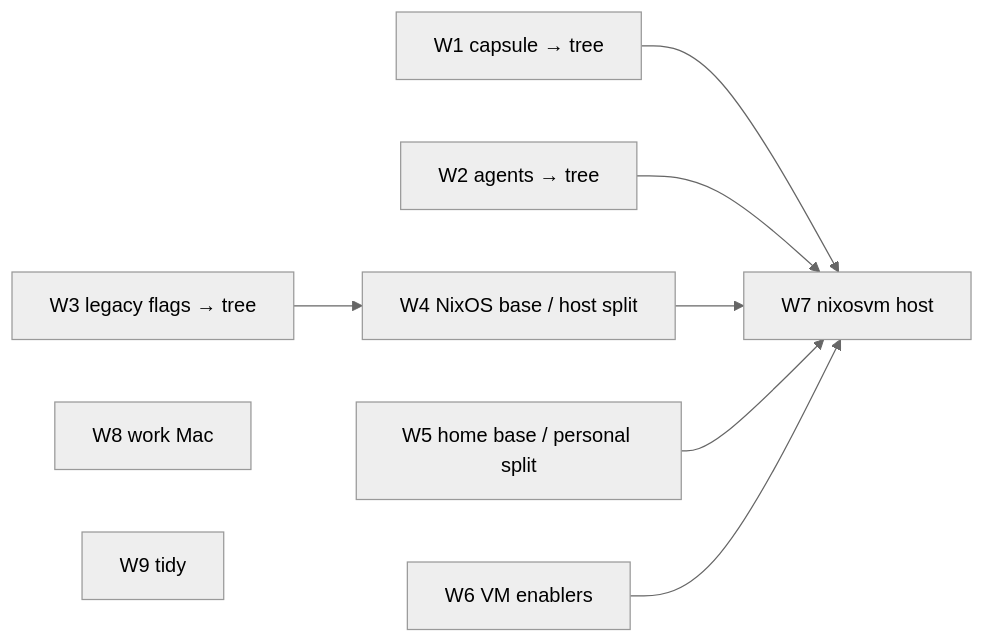
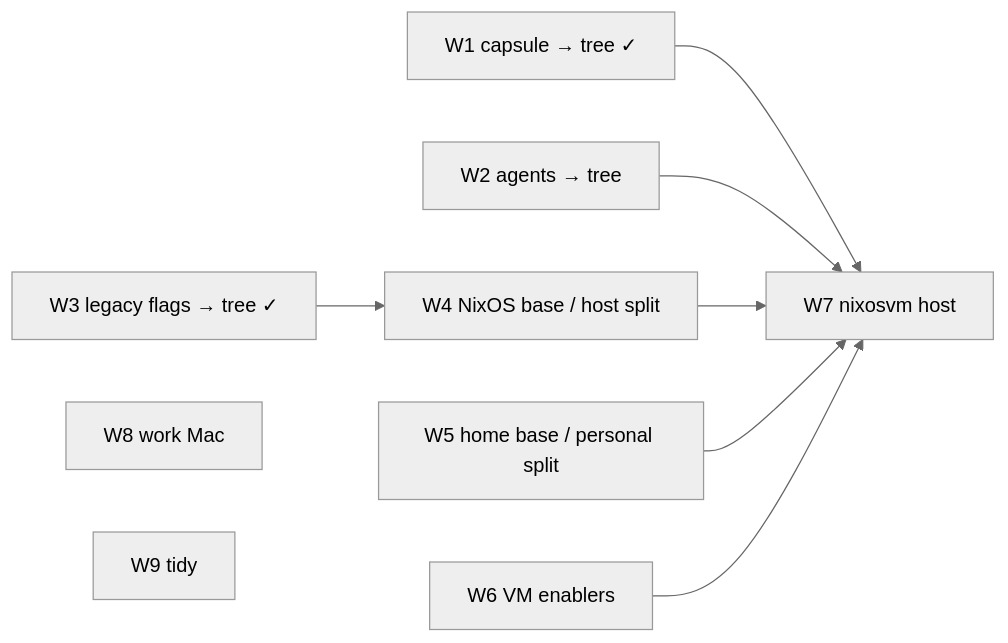
One commit to davidlee/nix-config changed the diagram in flakes/.doctrine/rfc/001/rfc-001.md. Above: the diagram before and after it, drawn with Mermaid (neutral theme). The commit also changed other lines of this file and 1 other file, not shown here.

First line of the commit message:
docs(RFC-001): roadmap after SL-006 — W3 done, W4 next

````diff
--- a/flakes/.doctrine/rfc/001/rfc-001.md
+++ b/flakes/.doctrine/rfc/001/rfc-001.md
@@ -135,11 +137,11 @@
 ```mermaid
 graph LR
-  W1[W1 capsule → tree] --> W7
+  W1[W1 capsule → tree ✓] --> W7
   W2[W2 agents → tree] --> W7
-  W3[W3 legacy flags → tree] --> W4
+  W3[W3 legacy flags → tree ✓] --> W4
   W4[W4 NixOS base / host split] --> W7
   W5[W5 home base / personal split] --> W7
   W6[W6 VM enablers] --> W7[W7 nixosvm host]
   W8[W8 work Mac]
   W9[W9 tidy]
 ```
````
